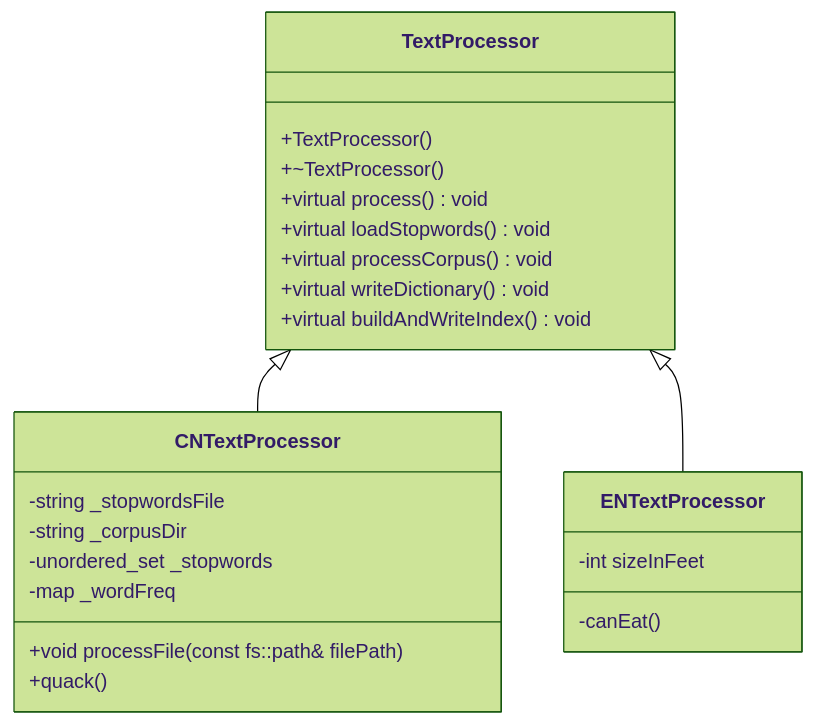
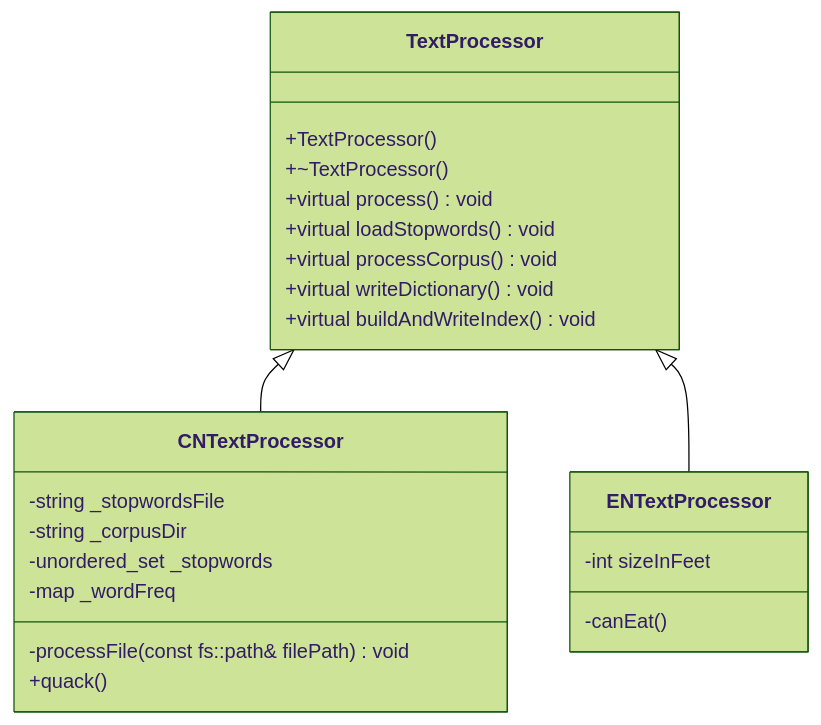
One commit to Jason-DancingBoy/iodraw-files changed the diagram in all/未命名-1.md. Above: the diagram before and after it, drawn with Mermaid (forest theme).

Commit message:
2026-01-02 21:07:10 update

````diff
--- a/all/未命名-1.md
+++ b/all/未命名-1.md
@@ -1,28 +1,28 @@
 ```mermaid
 classDiagram
     TextProcessor <|-- CNTextProcessor
     TextProcessor <|-- ENTextProcessor
     TextProcessor: +TextProcessor()
     TextProcessor: +~TextProcessor()
     TextProcessor: +virtual process() void
     TextProcessor: +virtual loadStopwords() void 
     TextProcessor: +virtual processCorpus() void
     TextProcessor: +virtual writeDictionary() void
     TextProcessor: +virtual buildAndWriteIndex() void
     class CNTextProcessor{
       -string _stopwordsFile
       -string _corpusDir
       -unordered_set<string> _stopwords
       -map<string, int> _wordFreq
-      +void processFile(const fs::path& filePath)
+      -processFile(const fs::path& filePath) void
       +quack()
     }
     class ENTextProcessor{
       -int sizeInFeet
       -canEat()
     }
     %%  string _stopwordsFile; // 存放停用词文件名
     %%  string _corpusDir; // 存放语料库目录
     %%  unordered_set<string> _stopwords; // 用来存放停用词
     %%  map<string, int> _wordFreq;
 ```
````
